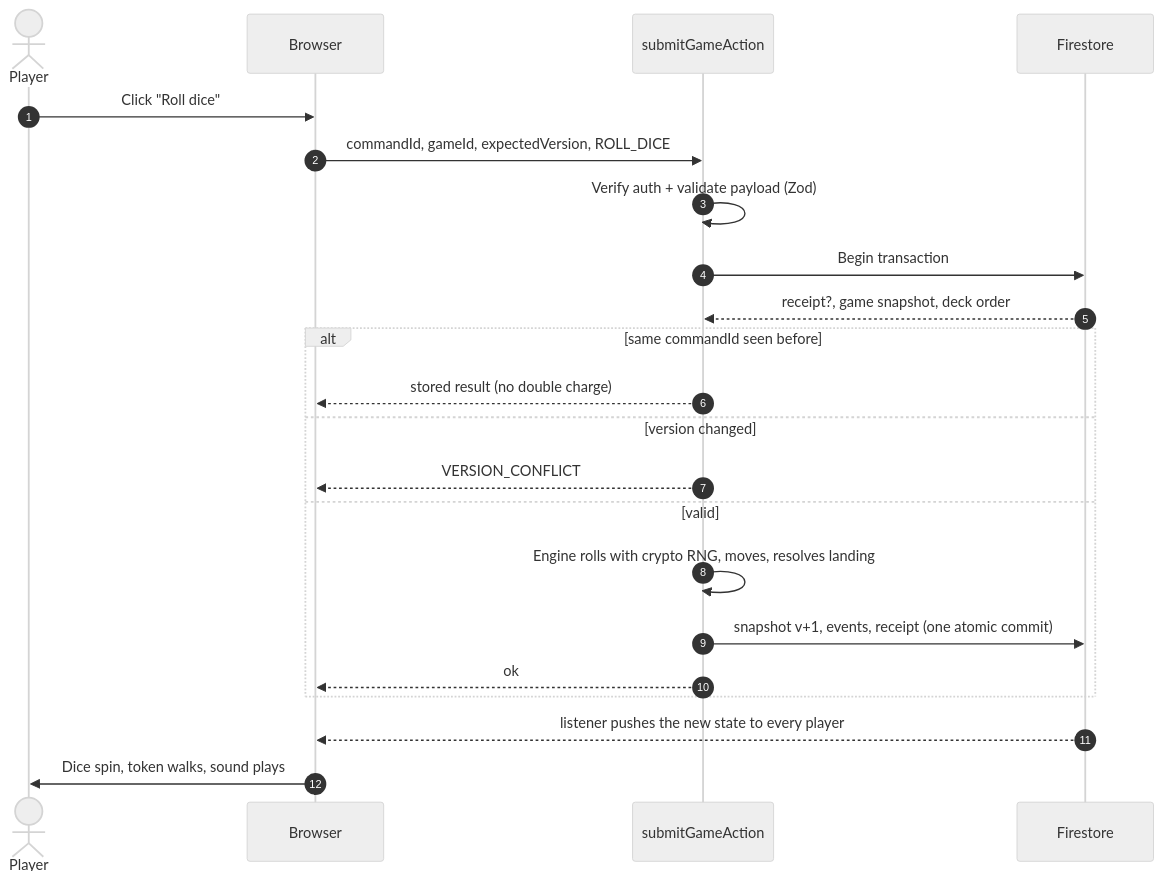
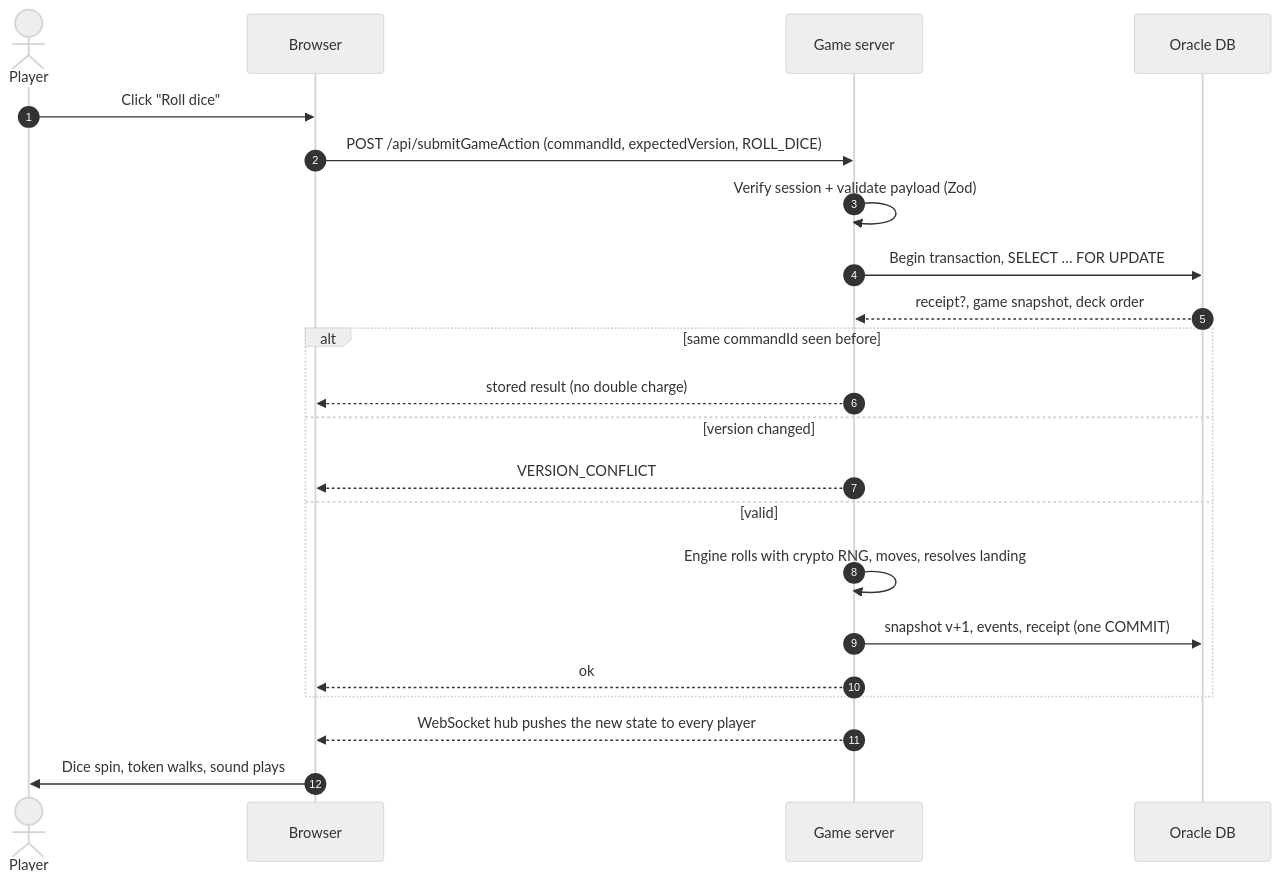
Before and after one commit to blessingstonsk/Indian-Business-Tycoon-: the second of 3 diagrams in README.md, drawn with Mermaid (neutral theme). The commit also changed other lines of this file and 75 other files, not shown here.

First line of the commit message:
Move the backend from Firebase to a Node server for Oracle Cloud

````diff
--- a/README.md
+++ b/README.md
@@ -265,24 +262,24 @@
 ```mermaid
 sequenceDiagram
     autonumber
     actor P as Player
     participant C as Browser
-    participant F as submitGameAction
-    participant DB as Firestore
+    participant F as Game server
+    participant DB as Oracle DB
     P->>C: Click "Roll dice"
-    C->>F: commandId, gameId, expectedVersion, ROLL_DICE
-    F->>F: Verify auth + validate payload (Zod)
-    F->>DB: Begin transaction
+    C->>F: POST /api/submitGameAction (commandId, expectedVersion, ROLL_DICE)
+    F->>F: Verify session + validate payload (Zod)
+    F->>DB: Begin transaction, SELECT … FOR UPDATE
     DB-->>F: receipt?, game snapshot, deck order
     alt same commandId seen before
         F-->>C: stored result (no double charge)
     else version changed
         F-->>C: VERSION_CONFLICT
     else valid
         F->>F: Engine rolls with crypto RNG, moves, resolves landing
-        F->>DB: snapshot v+1, events, receipt (one atomic commit)
+        F->>DB: snapshot v+1, events, receipt (one COMMIT)
         F-->>C: ok
     end
-    DB-->>C: listener pushes the new state to every player
+    F-->>C: WebSocket hub pushes the new state to every player
     C->>P: Dice spin, token walks, sound plays
 ```
````
